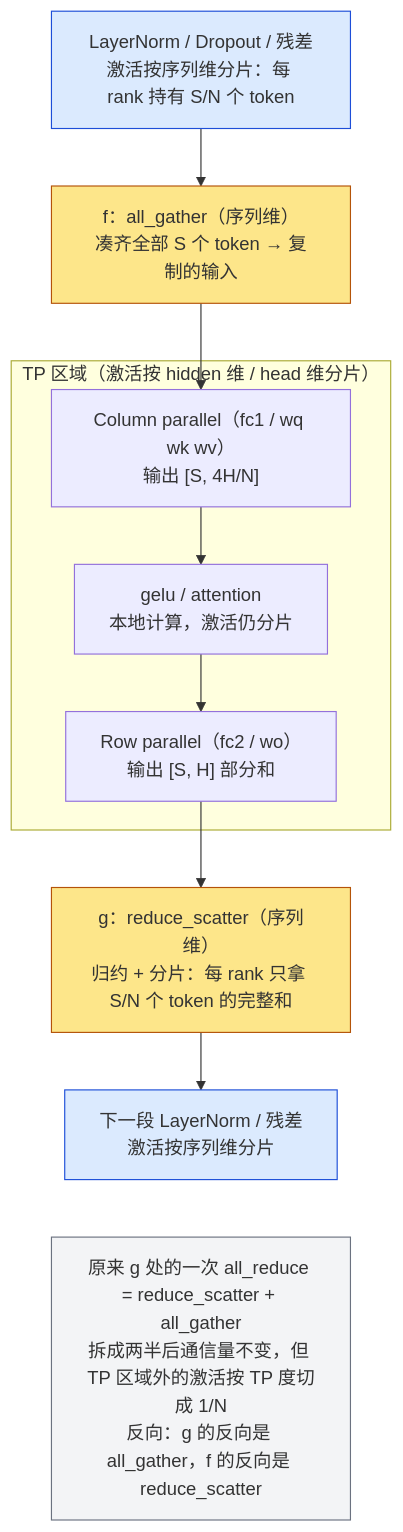
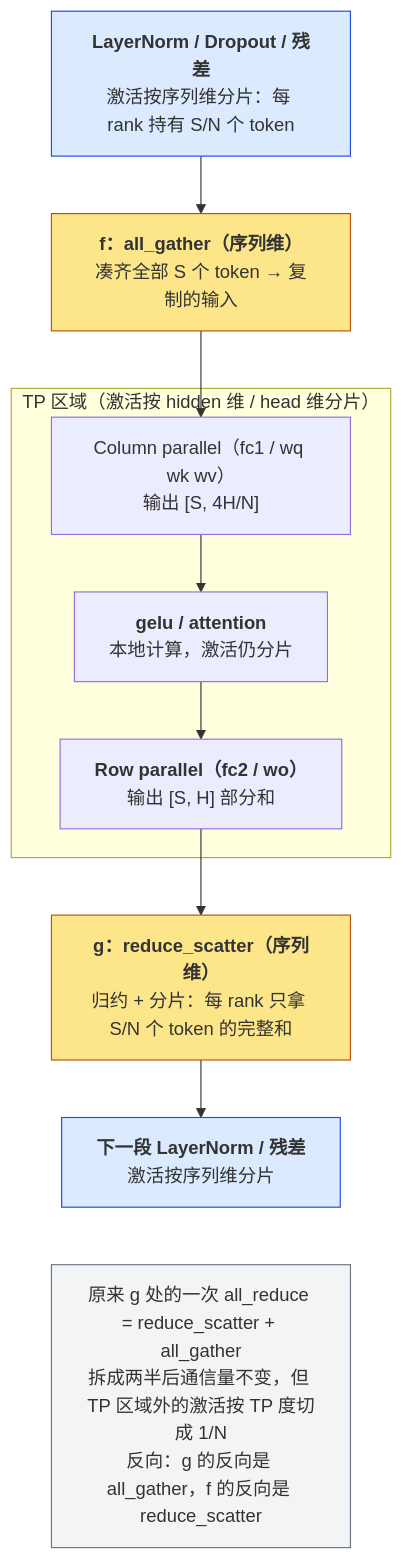
One commit to arganzheng/arganzheng.github.com changed the second of 6 diagrams in _posts/2026-02-25-pytorch-distributed-training.md. Above: the diagram before and after it, drawn with Mermaid. The commit also changed other lines of this file and 10 other files, not shown here.

First line of the commit message:
PyTorch 深度实践：从 Tensor 到深度学习运行时：Mermaid 多行方框的首行标为标题（11 篇）

````diff
--- a/_posts/2026-02-25-pytorch-distributed-training.md
+++ b/_posts/2026-02-25-pytorch-distributed-training.md
@@ -772,24 +772,24 @@
 ```mermaid
 %% 图：Sequence Parallel 的一个子层：TP 区域外激活按序列维分片，f 处 all_gather、g 处 reduce_scatter
 flowchart TB
-    S0["LayerNorm / Dropout / 残差<br/>激活按序列维分片：每 rank 持有 S/N 个 token"]
-    F["f：all_gather（序列维）<br/>凑齐全部 S 个 token → 复制的输入"]
+    S0["<b>LayerNorm / Dropout / 残差</b><br/>激活按序列维分片：每 rank 持有 S/N 个 token"]
+    F["<b>f：all_gather（序列维）</b><br/>凑齐全部 S 个 token → 复制的输入"]
     subgraph tp["TP 区域（激活按 hidden 维 / head 维分片）"]
         COL["Column parallel（fc1 / wq wk wv）<br/>输出 #91;S, 4H/N#93;"]
-        LOCAL["gelu / attention<br/>本地计算，激活仍分片"]
-        ROW["Row parallel（fc2 / wo）<br/>输出 #91;S, H#93; 部分和"]
+        LOCAL["<b>gelu / attention</b><br/>本地计算，激活仍分片"]
+        ROW["<b>Row parallel（fc2 / wo）</b><br/>输出 #91;S, H#93; 部分和"]
         COL --> LOCAL --> ROW
     end
-    G["g：reduce_scatter（序列维）<br/>归约 + 分片：每 rank 只拿 S/N 个 token 的完整和"]
-    S1["下一段 LayerNorm / 残差<br/>激活按序列维分片"]
+    G["<b>g：reduce_scatter（序列维）</b><br/>归约 + 分片：每 rank 只拿 S/N 个 token 的完整和"]
+    S1["<b>下一段 LayerNorm / 残差</b><br/>激活按序列维分片"]
     REMARK["原来 g 处的一次 all_reduce = reduce_scatter + all_gather<br/>拆成两半后通信量不变，但 TP 区域外的激活按 TP 度切成 1/N<br/>反向：g 的反向是 all_gather，f 的反向是 reduce_scatter"]
     S0 --> F --> COL
     ROW --> G --> S1
     S1 ~~~ REMARK
     classDef comm fill:#fde68a,stroke:#b45309;
     classDef seqshard fill:#dbeafe,stroke:#1d4ed8;
     classDef remark fill:#f3f4f6,stroke:#6b7280;
     class F,G comm;
     class S0,S1 seqshard;
     class REMARK remark;
 ```
````
